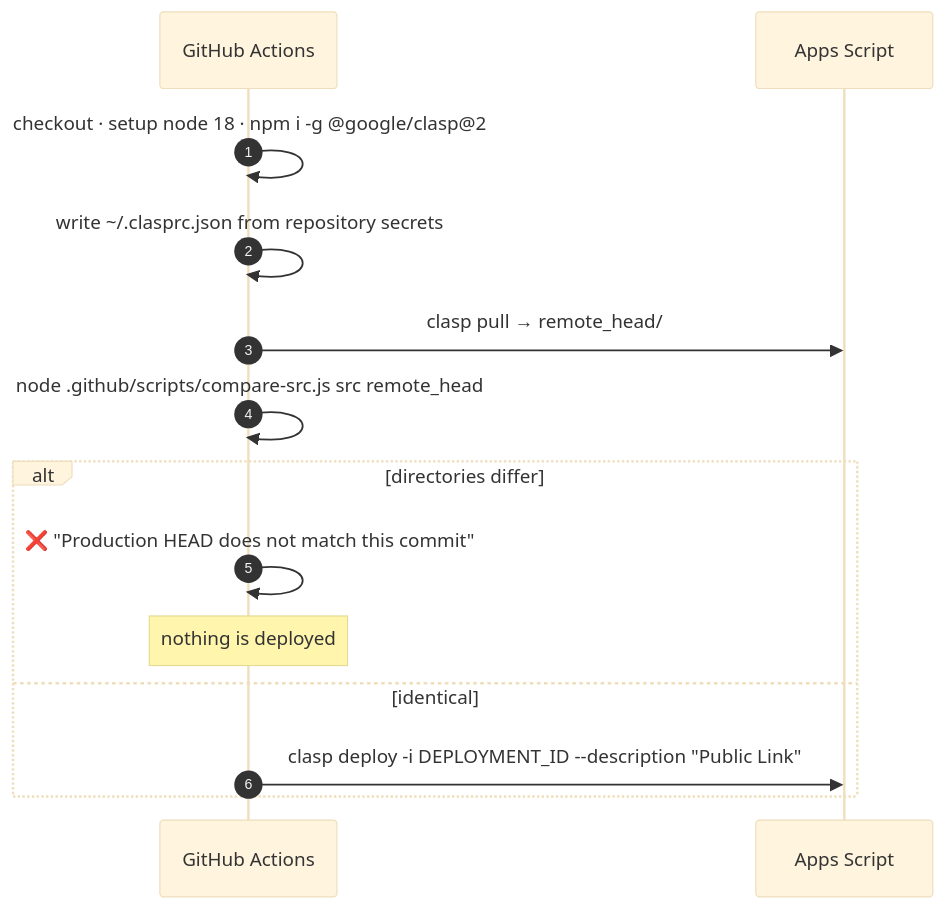
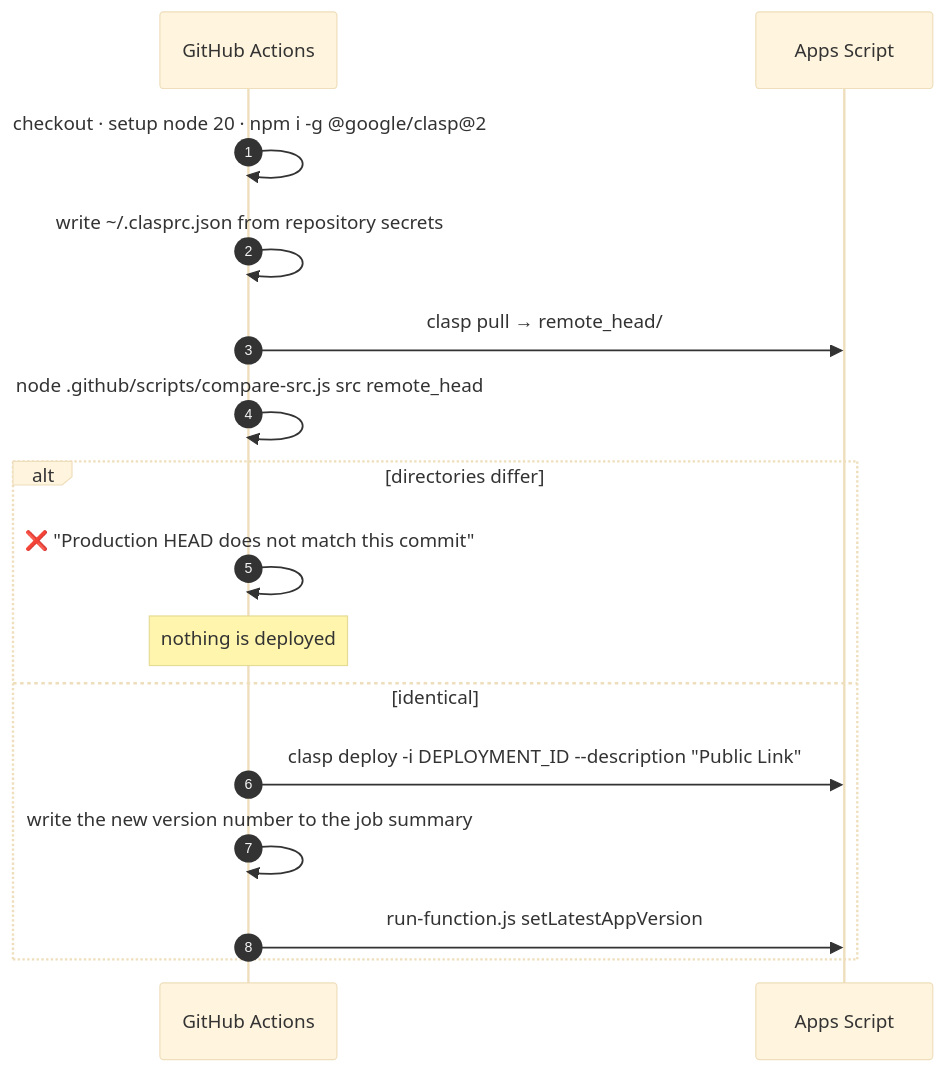
The second of 4 diagrams in documentation/07-deployment.md (Bisse123/The-Tower-App-Script), drawn with Mermaid (base theme) before and after one commit. The commit also changed other lines of this file and 12 other files, not shown here.

First line of the commit message:
Document deployment flow and report add-on version

````diff
--- a/documentation/07-deployment.md
+++ b/documentation/07-deployment.md
@@ -237,17 +206,19 @@
 ```mermaid
 sequenceDiagram
     autonumber
     participant GH as GitHub Actions
     participant AS as Apps Script
 
-    GH->>GH: checkout · setup node 18 · npm i -g @google/clasp@2
+    GH->>GH: checkout · setup node 20 · npm i -g @google/clasp@2
     GH->>GH: write ~/.clasprc.json from repository secrets
     GH->>AS: clasp pull → remote_head/
     GH->>GH: node .github/scripts/compare-src.js src remote_head
     alt directories differ
         GH->>GH: ❌ "Production HEAD does not match this commit"
         Note over GH: nothing is deployed
     else identical
         GH->>AS: clasp deploy -i DEPLOYMENT_ID --description "Public Link"
+        GH->>GH: write the new version number to the job summary
+        GH->>AS: run-function.js setLatestAppVersion
     end
 ```
````
